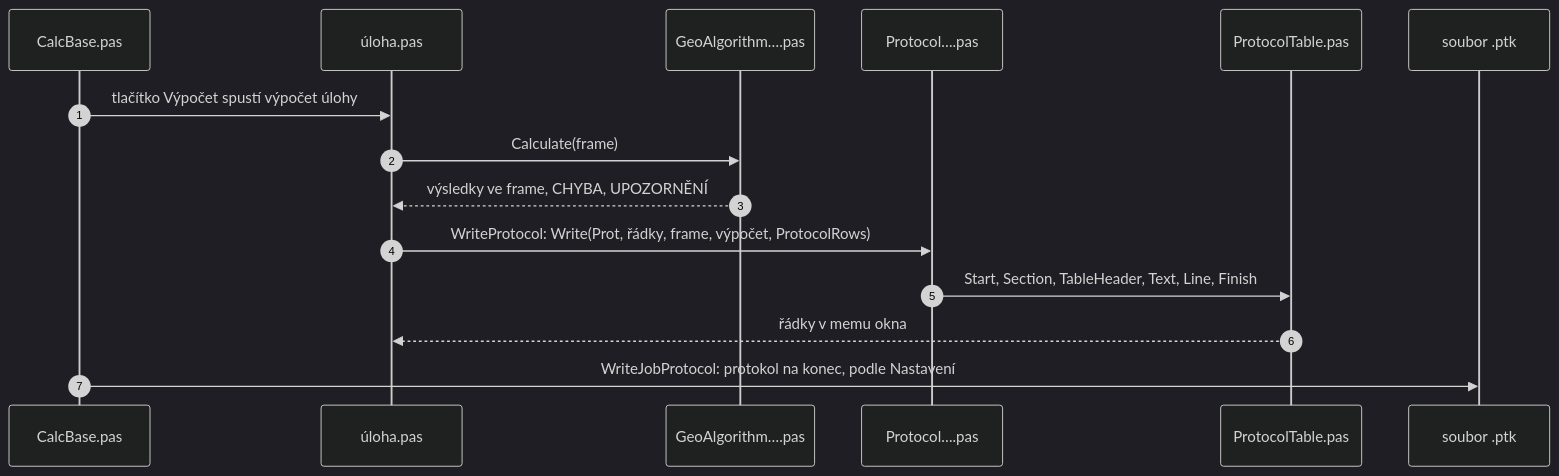
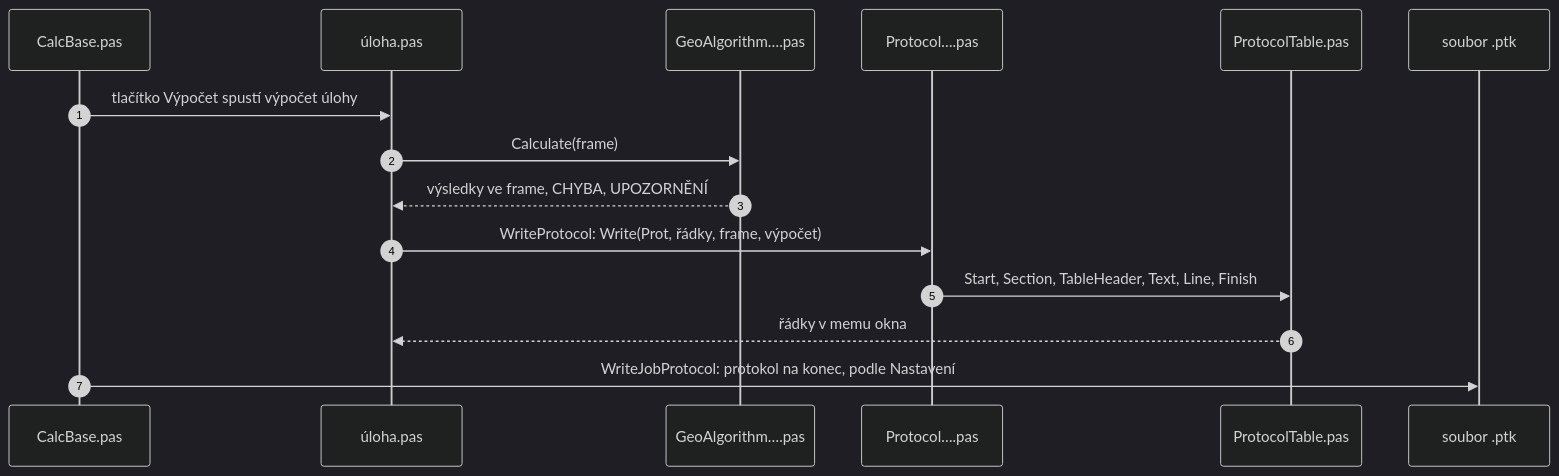
Before and after one commit to kovarmi9/GeoSoft: the diagram in docs/protokol.md, drawn with Mermaid (dark theme). The commit also changed other lines of this file and 85 other files, not shown here.

````diff
--- a/docs/protokol.md
+++ b/docs/protokol.md
@@ -43,17 +48,17 @@
 ```mermaid
 sequenceDiagram
   autonumber
   participant B as CalcBase.pas
   participant U as úloha.pas
   participant A as GeoAlgorithm….pas
   participant W as Protocol….pas
   participant P as ProtocolTable.pas
   participant J as soubor .ptk
   B->>U: tlačítko Výpočet spustí výpočet úlohy
   U->>A: Calculate(frame)
   A-->>U: výsledky ve frame, CHYBA, UPOZORNĚNÍ
-  U->>W: WriteProtocol: Write(Prot, řádky, frame, výpočet, ProtocolRows)
+  U->>W: WriteProtocol: Write(Prot, řádky, frame, výpočet)
   W->>P: Start, Section, TableHeader, Text, Line, Finish
   P-->>U: řádky v memu okna
   B->>J: WriteJobProtocol: protokol na konec, podle Nastavení
 ```
````
